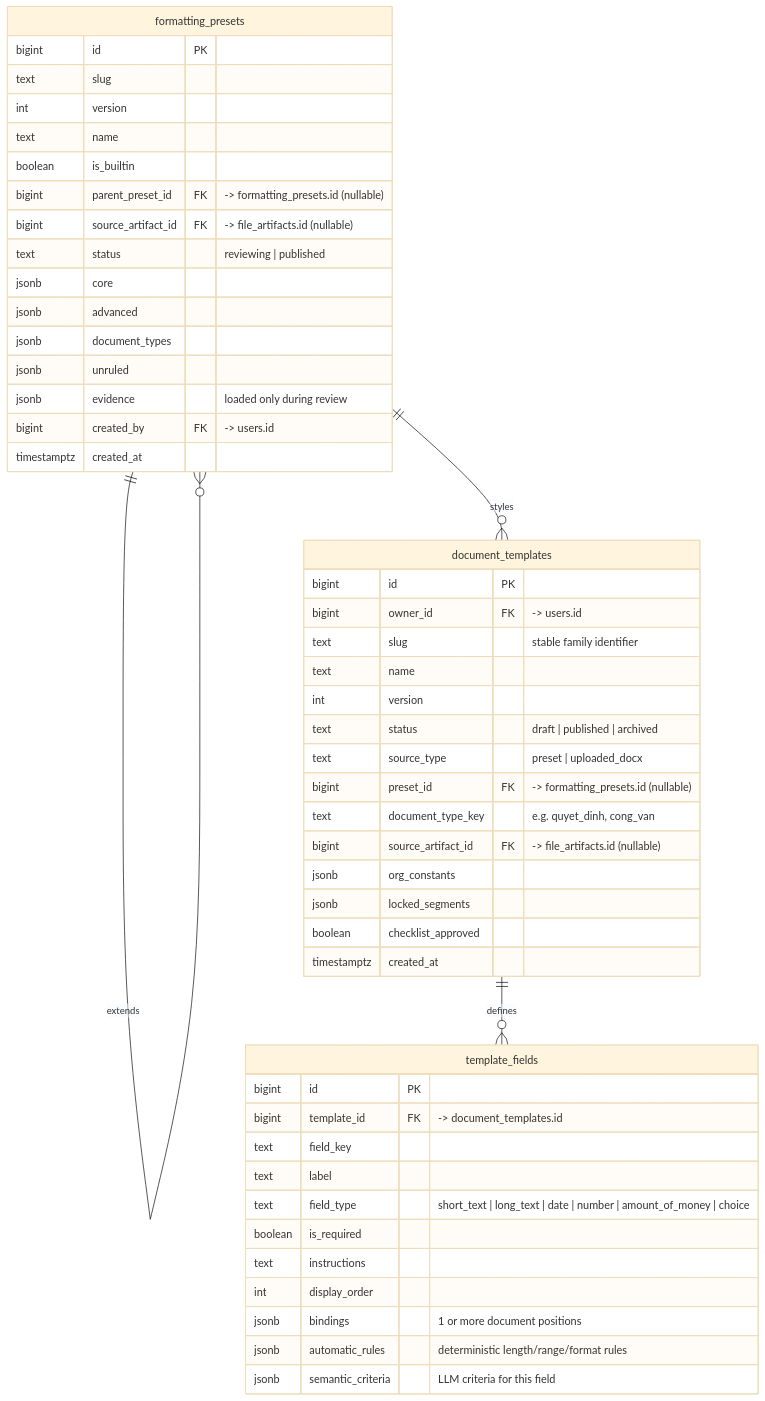
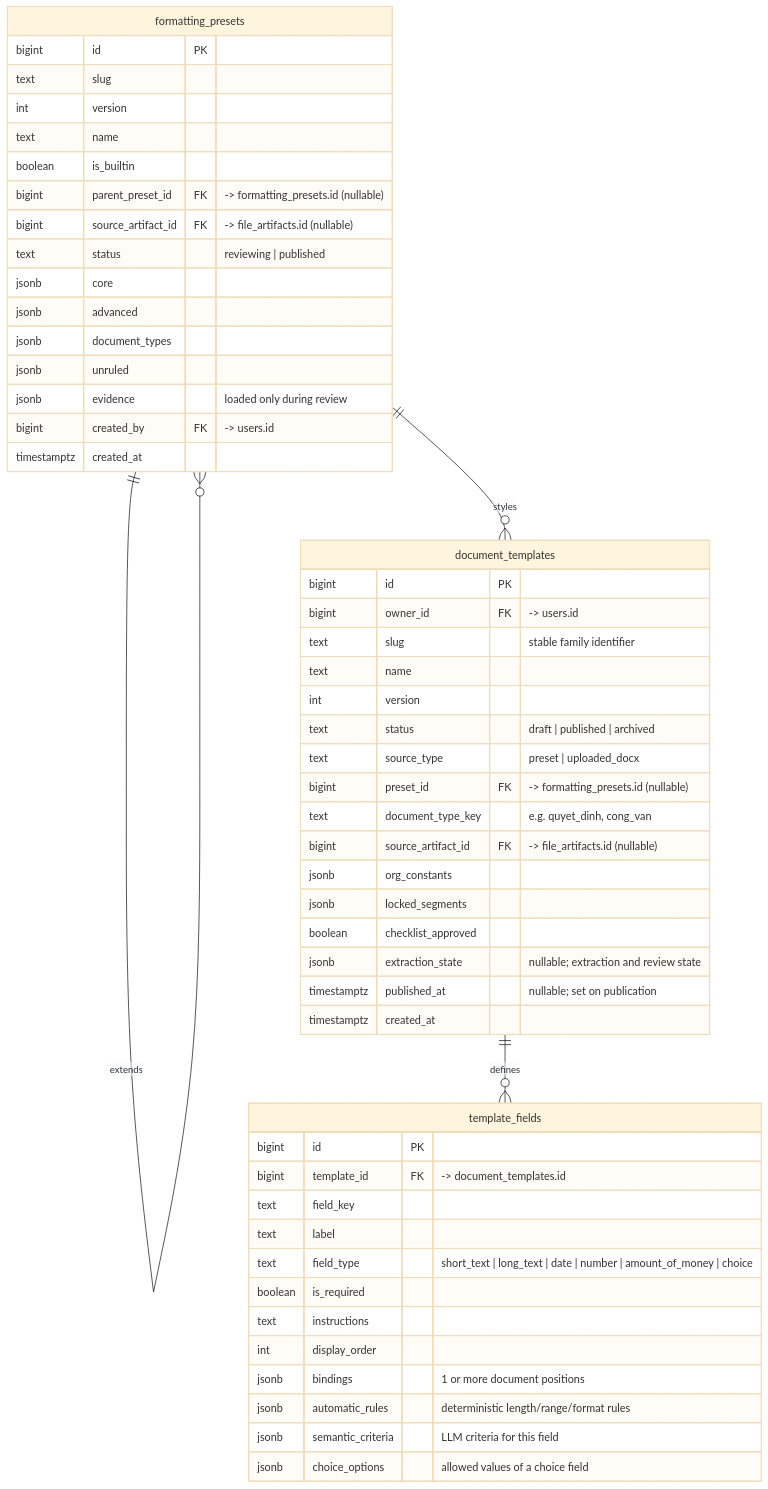
Before and after one commit to buitrong06/CS300-DocumentFromForm: the fourth of 7 diagrams in docs/analysis-and-design/database-overview.md, drawn with Mermaid (base theme). The commit also changed other lines of this file and 6 other files, not shown here.

First line of the commit message:
docs: accept PA04 decisions and sync renderer and ER docs

````diff
--- a/docs/analysis-and-design/database-overview.md
+++ b/docs/analysis-and-design/database-overview.md
@@ -156,53 +156,56 @@
 ```mermaid
 erDiagram
     formatting_presets ||--o{ formatting_presets : "extends"
     formatting_presets ||--o{ document_templates : "styles"
     document_templates ||--o{ template_fields : "defines"
 
     formatting_presets {
         bigint id PK
         text slug
         int version
         text name
         boolean is_builtin
         bigint parent_preset_id FK "-> formatting_presets.id (nullable)"
         bigint source_artifact_id FK "-> file_artifacts.id (nullable)"
         text status "reviewing | published"
         jsonb core
         jsonb advanced
         jsonb document_types
         jsonb unruled
         jsonb evidence "loaded only during review"
         bigint created_by FK "-> users.id"
         timestamptz created_at
     }
     document_templates {
         bigint id PK
         bigint owner_id FK "-> users.id"
         text slug "stable family identifier"
         text name
         int version
         text status "draft | published | archived"
         text source_type "preset | uploaded_docx"
         bigint preset_id FK "-> formatting_presets.id (nullable)"
         text document_type_key "e.g. quyet_dinh, cong_van"
         bigint source_artifact_id FK "-> file_artifacts.id (nullable)"
         jsonb org_constants
         jsonb locked_segments
         boolean checklist_approved
+        jsonb extraction_state "nullable; extraction and review state"
+        timestamptz published_at "nullable; set on publication"
         timestamptz created_at
     }
     template_fields {
         bigint id PK
         bigint template_id FK "-> document_templates.id"
         text field_key
         text label
         text field_type "short_text | long_text | date | number | amount_of_money | choice"
         boolean is_required
         text instructions
         int display_order
         jsonb bindings "1 or more document positions"
         jsonb automatic_rules "deterministic length/range/format rules"
         jsonb semantic_criteria "LLM criteria for this field"
+        jsonb choice_options "allowed values of a choice field"
     }
 ```
````
